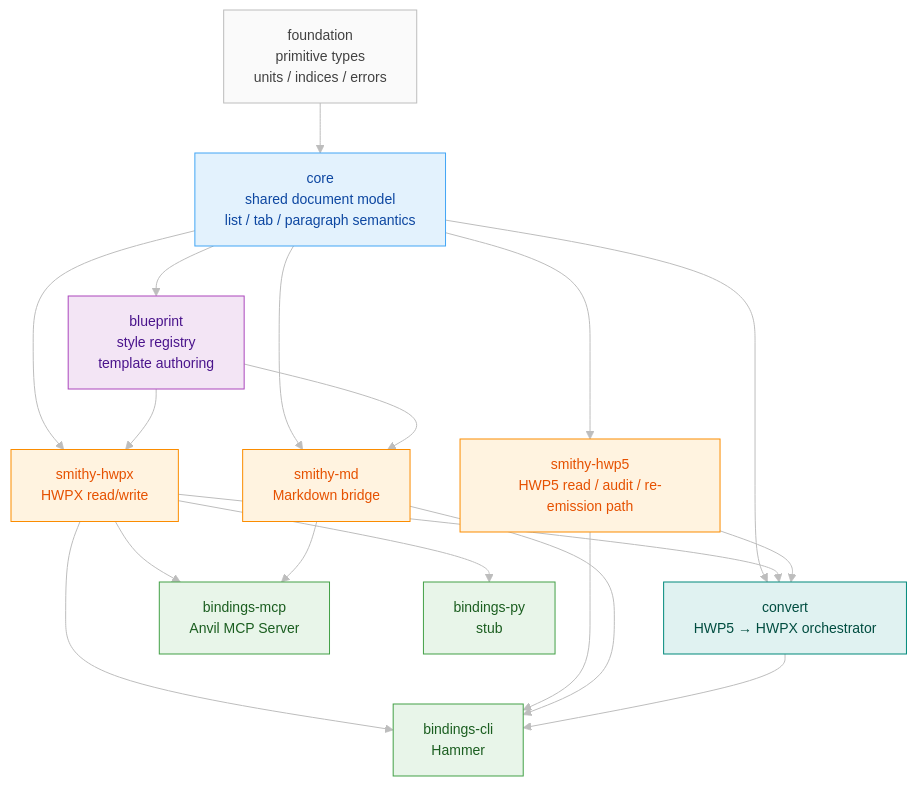
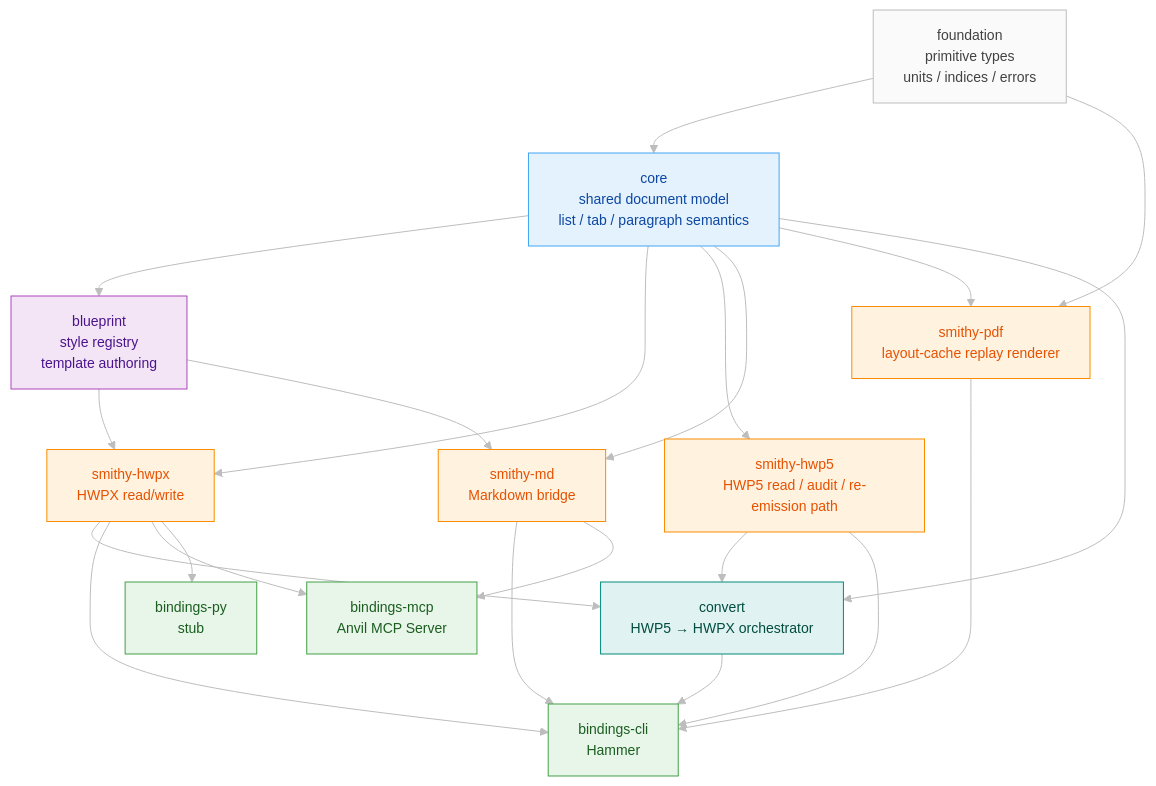
Before and after one commit to ai-screams/HwpForge: the first of 2 diagrams in README.md, drawn with Mermaid. The commit also changed other lines of this file and 8 other files, not shown here.

First line of the commit message:
docs: 공개 문서를 0.16.4 실측에 맞게 정정 — CLI 22·MCP 19·smithy-pdf·설치 명령·정책 문서

````diff
--- a/README.md
+++ b/README.md
@@ -393,43 +419,47 @@
 ```mermaid
 %%{init: {'theme': 'base', 'themeVariables': {'fontSize': '14px', 'lineColor': '#BDBDBD'}}}%%
 flowchart TB
     F["foundation<br/>primitive types<br/>units / indices / errors"]:::foundation
     C["core<br/>shared document model<br/>list / tab / paragraph semantics"]:::core
     B["blueprint<br/>style registry<br/>template authoring"]:::blueprint
 
     SHX["smithy-hwpx<br/>HWPX read/write"]:::smithy
     SH5["smithy-hwp5<br/>HWP5 read / audit / re-emission path"]:::smithy
     SMD["smithy-md<br/>Markdown bridge"]:::smithy
+    SPDF["smithy-pdf<br/>layout-cache replay renderer"]:::smithy
 
     CONV["convert<br/>HWP5 → HWPX orchestrator"]:::convert
 
     CLI["bindings-cli<br/>Hammer"]:::binding
     MCP["bindings-mcp<br/>Anvil MCP Server"]:::binding
     PY["bindings-py<br/>stub"]:::binding
 
     F --> C
     C --> B
     C --> SHX
     C --> SH5
     C --> SMD
+    F --> SPDF
+    C --> SPDF
     B --> SHX
     B --> SMD
     C --> CONV
     SHX --> CONV
     SH5 --> CONV
     SHX --> CLI
     SH5 --> CLI
     SMD --> CLI
+    SPDF --> CLI
     CONV --> CLI
     SHX --> MCP
     SMD --> MCP
     SHX --> PY
 
     classDef file fill:#FFFDE7,stroke:#F9A825,color:#5D4037
     classDef smithy fill:#FFF3E0,stroke:#FB8C00,color:#E65100
     classDef convert fill:#E0F2F1,stroke:#00897B,color:#004D40
     classDef core fill:#E3F2FD,stroke:#42A5F5,color:#0D47A1
     classDef blueprint fill:#F3E5F5,stroke:#AB47BC,color:#4A148C
     classDef foundation fill:#FAFAFA,stroke:#BDBDBD,color:#424242
     classDef binding fill:#E8F5E9,stroke:#43A047,color:#1B5E20
 ```
````
